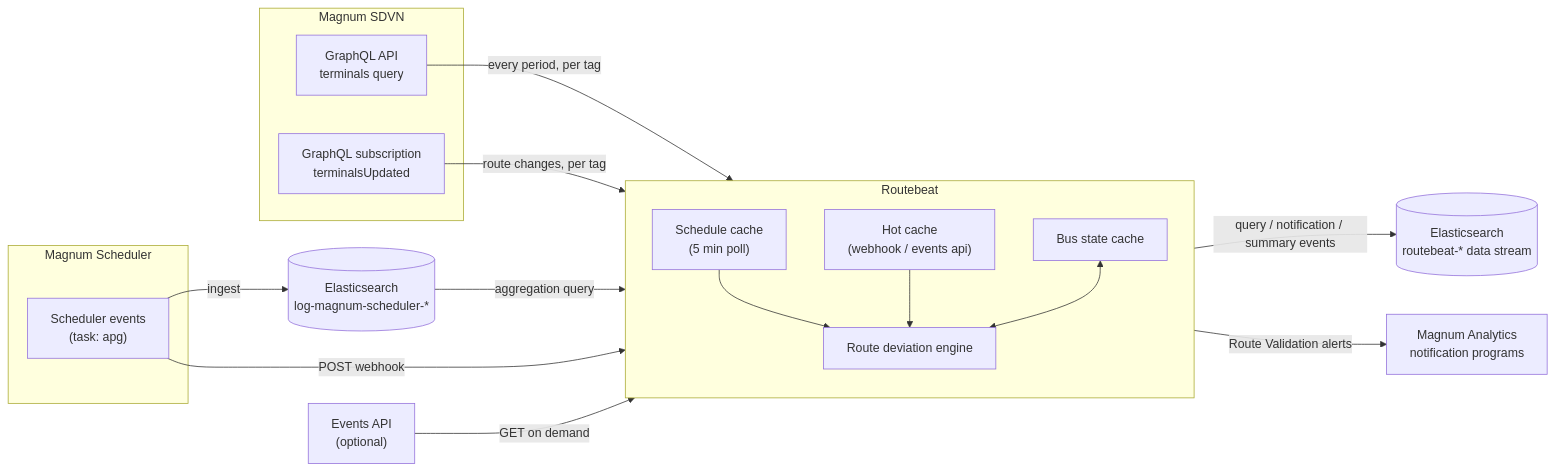
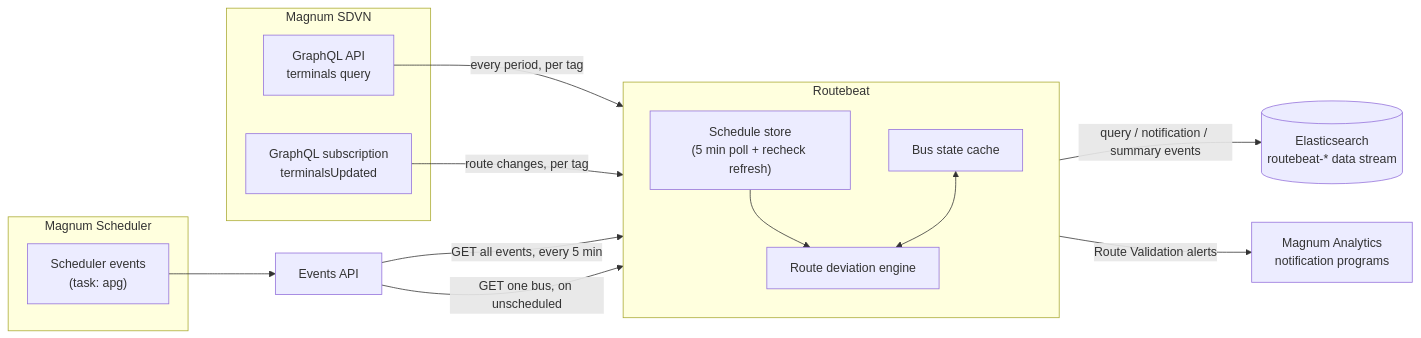
One commit to thetherington/routebeat changed the first of 8 diagrams in README.md. Above: the diagram before and after it, drawn with Mermaid. The commit also changed other lines of this file and 38 other files, not shown here.

First line of the commit message:
WIP: events API schedule source with a unified schedule store

````diff
--- a/README.md
+++ b/README.md
@@ -7,37 +7,33 @@
 ```mermaid
 flowchart LR
     subgraph SDVN["Magnum SDVN"]
         GQL["GraphQL API<br/>terminals query"]
         WS["GraphQL subscription<br/>terminalsUpdated"]
     end
 
     subgraph SCHED["Magnum Scheduler"]
         SE["Scheduler events<br/>(task: apg)"]
     end
 
-    ES[("Elasticsearch<br/>log-magnum-scheduler-*")]
-    EAPI["Events API<br/>(optional)"]
+    EAPI["Events API"]
 
     subgraph RB["Routebeat"]
         direction TB
-        SC["Schedule cache<br/>(5 min poll)"]
-        HC["Hot cache<br/>(webhook / events api)"]
+        SC["Schedule store<br/>(5 min poll + recheck refresh)"]
         BC["Bus state cache"]
         ENG["Route deviation engine"]
     end
 
     OUT[("Elasticsearch<br/>routebeat-* data stream")]
     NOTIF["Magnum Analytics<br/>notification programs"]
 
     GQL -- "every period, per tag" --> ENG
     WS -- "route changes, per tag" --> ENG
-    SE -- "ingest" --> ES
-    ES -- "aggregation query" --> SC
-    SE -- "POST webhook" --> HC
-    EAPI -- "GET on demand" --> HC
+    SE --> EAPI
+    EAPI -- "GET all events, every 5 min" --> SC
+    EAPI -- "GET one bus, on unscheduled" --> SC
     SC --> ENG
-    HC --> ENG
     BC <--> ENG
     ENG -- "query / notification / summary events" --> OUT
     ENG -- "Route Validation alerts" --> NOTIF
 ```
````
